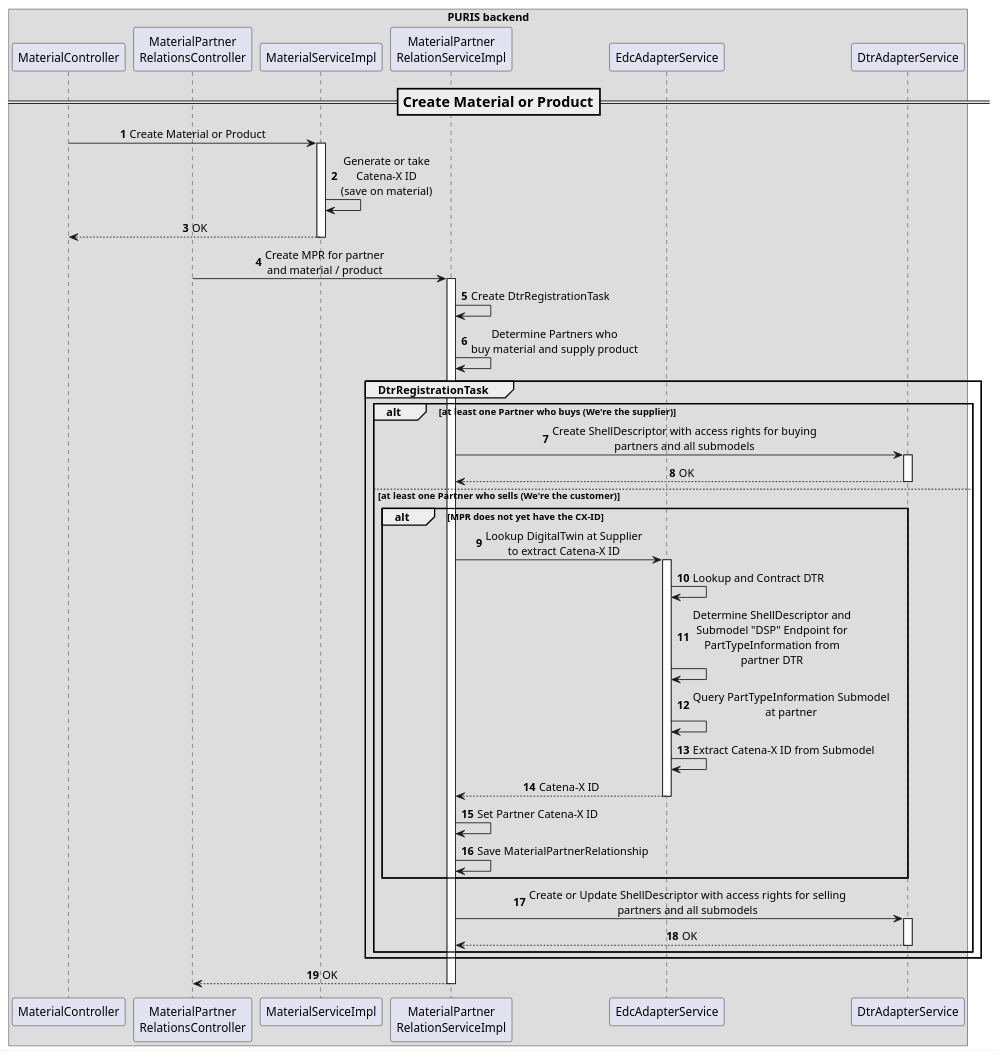
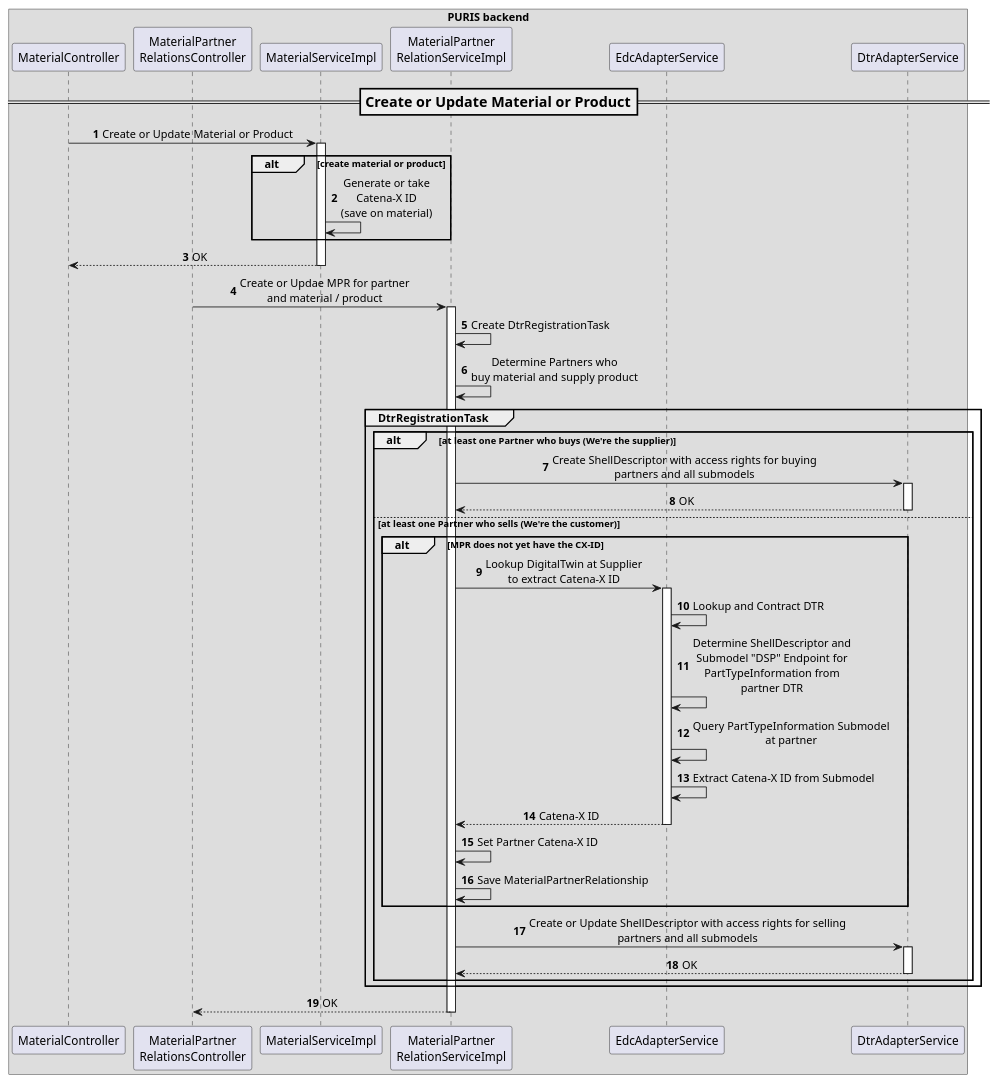
The diagram in docs/arc42/puml/06-twin-creation.puml (eclipse-tractusx/puris), drawn with PlantUML before and after one commit. The commit also changed 2 other files, not shown here.

```diff
--- a/docs/arc42/puml/06-twin-creation.puml
+++ b/docs/arc42/puml/06-twin-creation.puml
@@ -1,53 +1,55 @@
 @startuml
 autonumber
 skinparam sequenceMessageAlign center
 
 box "PURIS backend"
 participant "MaterialController" as m_c
 participant "MaterialPartner\nRelationsController" as mpr_c
 participant "MaterialServiceImpl" as m_s
 participant "MaterialPartner\nRelationServiceImpl" as mpr_s
 participant "EdcAdapterService" as edc_s
 participant "DtrAdapterService" as dtr_s
 end box
 
 
-=== Create Material or Product ==
-m_c -> m_s: Create Material or Product
+=== Create or Update Material or Product ==
+m_c -> m_s: Create or Update Material or Product
 activate m_s
+alt create material or product
 m_s -> m_s: Generate or take\nCatena-X ID\n(save on material)
+end
 m_s --> m_c: OK
 deactivate m_s
 
-mpr_c -> mpr_s: Create MPR for partner\nand material / product
+mpr_c -> mpr_s: Create or Updae MPR for partner\nand material / product
 activate mpr_s
 mpr_s -> mpr_s: Create DtrRegistrationTask
 mpr_s -> mpr_s: Determine Partners who\nbuy material and supply product
 
 group DtrRegistrationTask
     alt at least one Partner who buys (We're the supplier)
         mpr_s -> dtr_s: Create ShellDescriptor with access rights for buying\npartners and all submodels
         activate dtr_s
         return OK
     else at least one Partner who sells (We're the customer)
         alt MPR does not yet have the CX-ID
             mpr_s -> edc_s: Lookup DigitalTwin at Supplier\nto extract Catena-X ID
             activate edc_s
             edc_s -> edc_s: Lookup and Contract DTR
             edc_s -> edc_s: Determine ShellDescriptor and\nSubmodel "DSP" Endpoint for\nPartTypeInformation from\npartner DTR
             edc_s -> edc_s: Query PartTypeInformation Submodel\nat partner
             edc_s -> edc_s: Extract Catena-X ID from Submodel
             edc_s --> mpr_s: Catena-X ID
             deactivate edc_s
             mpr_s -> mpr_s: Set Partner Catena-X ID
             mpr_s -> mpr_s: Save MaterialPartnerRelationship
         end
         mpr_s -> dtr_s: Create or Update ShellDescriptor with access rights for selling\npartners and all submodels
         activate dtr_s
         return OK
     end
 end
 mpr_s --> mpr_c: OK
 deactivate mpr_s
 
 @enduml
```
